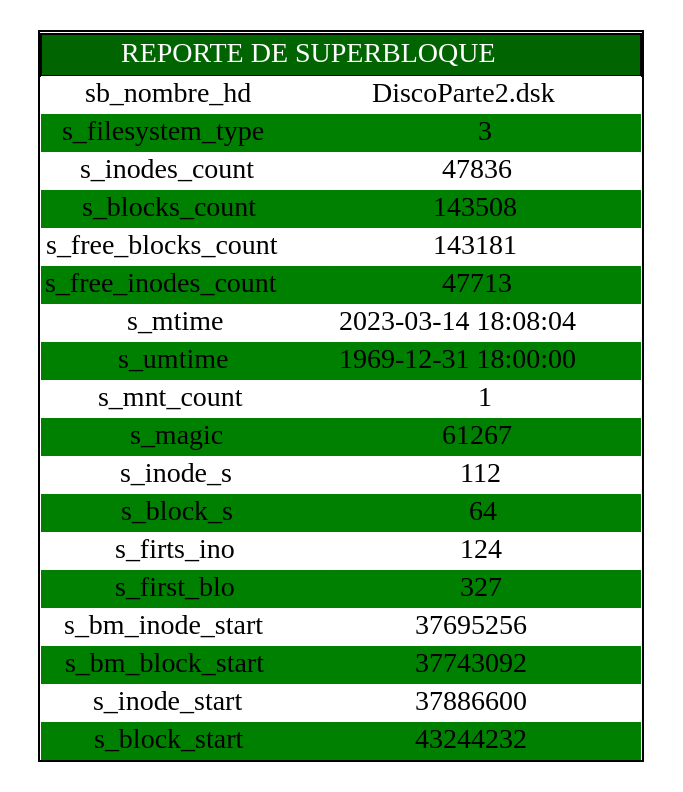
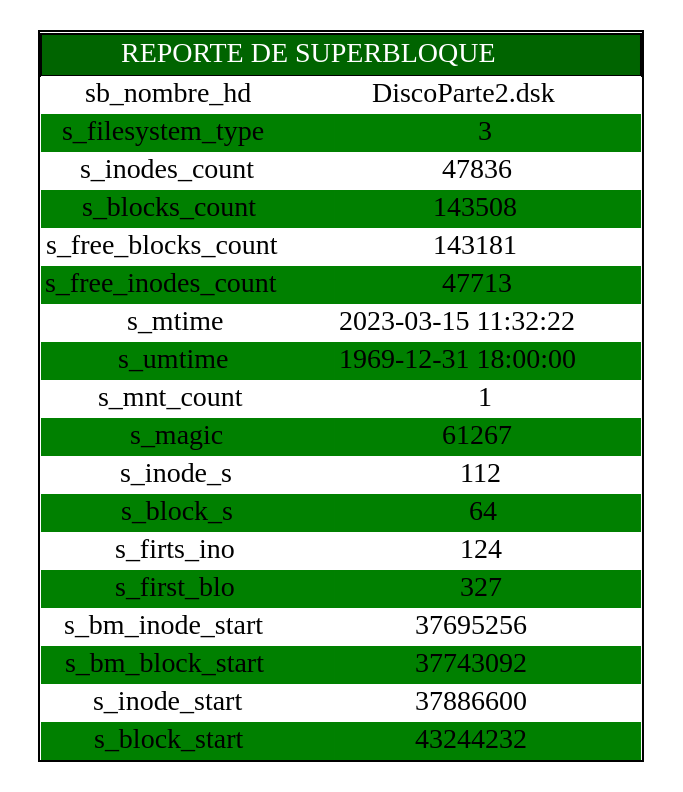
One commit to diegomazariegos2002/_MIA1S2023_PROYECTO1 changed the diagram in Proyecto/cmake-build-debug/superbloque.dot. Above: the diagram before and after it, drawn with Graphviz. The commit also changed 17 other files, not shown here.

```diff
--- a/Proyecto/cmake-build-debug/superbloque.dot
+++ b/Proyecto/cmake-build-debug/superbloque.dot
@@ -1,3 +1,3 @@
 digraph G {
 node[shape=none]
-start[label=<<table CELLSPACING="0"><tr><td colspan="2" bgcolor="darkgreen"><font color="white">REPORTE DE SUPERBLOQUE</font></td></tr><tr><td bgcolor="white" border="0">sb_nombre_hd</td><td bgcolor="white" border="0">DiscoParte2.dsk</td>)</tr><tr><td bgcolor="green" border="0">s_filesystem_type</td><td bgcolor="green" border="0">3</td>)</tr><tr><td bgcolor="white" border="0">s_inodes_count</td><td bgcolor="white" border="0">47836</td>)</tr><tr><td bgcolor="green" border="0">s_blocks_count</td><td bgcolor="green" border="0">143508</td>)</tr><tr><td bgcolor="white" border="0">s_free_blocks_count</td><td bgcolor="white" border="0">143181</td>)</tr><tr><td bgcolor="green" border="0">s_free_inodes_count</td><td bgcolor="green" border="0">47713</td>)</tr><tr><td bgcolor="white" border="0">s_mtime</td><td bgcolor="white" border="0">2023-03-14 18:08:04</td>)</tr><tr><td bgcolor="green" border="0">s_umtime</td><td bgcolor="green" border="0">1969-12-31 18:00:00</td>)</tr><tr><td bgcolor="white" border="0">s_mnt_count</td><td bgcolor="white" border="0">1</td>)</tr><tr><td bgcolor="green" border="0">s_magic</td><td bgcolor="green" border="0">61267</td>)</tr><tr><td bgcolor="white" border="0">s_inode_s</td><td bgcolor="white" border="0">112</td>)</tr><tr><td bgcolor="green" border="0">s_block_s</td><td bgcolor="green" border="0">64</td>)</tr><tr><td bgcolor="white" border="0">s_firts_ino</td><td bgcolor="white" border="0">124</td>)</tr><tr><td bgcolor="green" border="0">s_first_blo</td><td bgcolor="green" border="0">327</td>)</tr><tr><td bgcolor="white" border="0">s_bm_inode_start</td><td bgcolor="white" border="0">37695256</td>)</tr><tr><td bgcolor="green" border="0">s_bm_block_start</td><td bgcolor="green" border="0">37743092</td>)</tr><tr><td bgcolor="white" border="0">s_inode_start</td><td bgcolor="white" border="0">37886600</td>)</tr><tr><td bgcolor="green" border="0">s_block_start</td><td bgcolor="green" border="0">43244232</td>)</tr></table>>];}
+start[label=<<table CELLSPACING="0"><tr><td colspan="2" bgcolor="darkgreen"><font color="white">REPORTE DE SUPERBLOQUE</font></td></tr><tr><td bgcolor="white" border="0">sb_nombre_hd</td><td bgcolor="white" border="0">DiscoParte2.dsk</td>)</tr><tr><td bgcolor="green" border="0">s_filesystem_type</td><td bgcolor="green" border="0">3</td>)</tr><tr><td bgcolor="white" border="0">s_inodes_count</td><td bgcolor="white" border="0">47836</td>)</tr><tr><td bgcolor="green" border="0">s_blocks_count</td><td bgcolor="green" border="0">143508</td>)</tr><tr><td bgcolor="white" border="0">s_free_blocks_count</td><td bgcolor="white" border="0">143181</td>)</tr><tr><td bgcolor="green" border="0">s_free_inodes_count</td><td bgcolor="green" border="0">47713</td>)</tr><tr><td bgcolor="white" border="0">s_mtime</td><td bgcolor="white" border="0">2023-03-15 11:32:22</td>)</tr><tr><td bgcolor="green" border="0">s_umtime</td><td bgcolor="green" border="0">1969-12-31 18:00:00</td>)</tr><tr><td bgcolor="white" border="0">s_mnt_count</td><td bgcolor="white" border="0">1</td>)</tr><tr><td bgcolor="green" border="0">s_magic</td><td bgcolor="green" border="0">61267</td>)</tr><tr><td bgcolor="white" border="0">s_inode_s</td><td bgcolor="white" border="0">112</td>)</tr><tr><td bgcolor="green" border="0">s_block_s</td><td bgcolor="green" border="0">64</td>)</tr><tr><td bgcolor="white" border="0">s_firts_ino</td><td bgcolor="white" border="0">124</td>)</tr><tr><td bgcolor="green" border="0">s_first_blo</td><td bgcolor="green" border="0">327</td>)</tr><tr><td bgcolor="white" border="0">s_bm_inode_start</td><td bgcolor="white" border="0">37695256</td>)</tr><tr><td bgcolor="green" border="0">s_bm_block_start</td><td bgcolor="green" border="0">37743092</td>)</tr><tr><td bgcolor="white" border="0">s_inode_start</td><td bgcolor="white" border="0">37886600</td>)</tr><tr><td bgcolor="green" border="0">s_block_start</td><td bgcolor="green" border="0">43244232</td>)</tr></table>>];}
```
